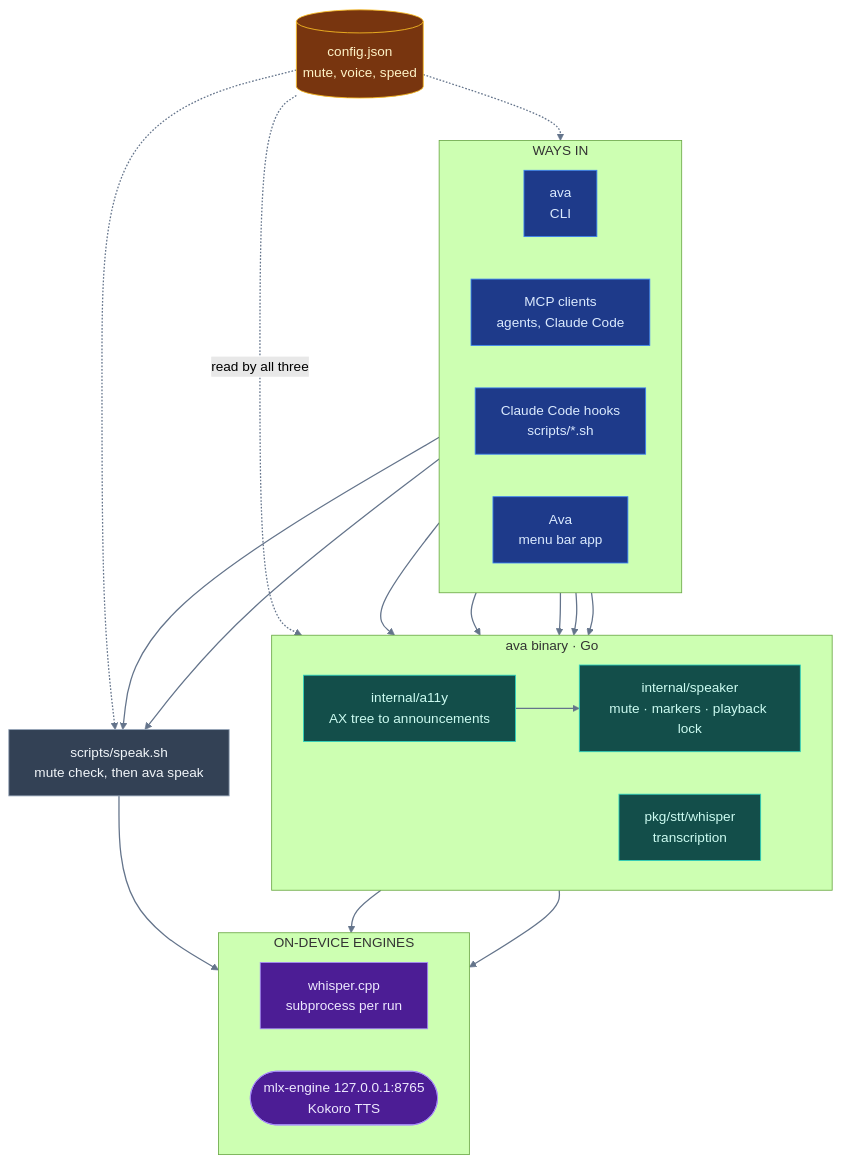
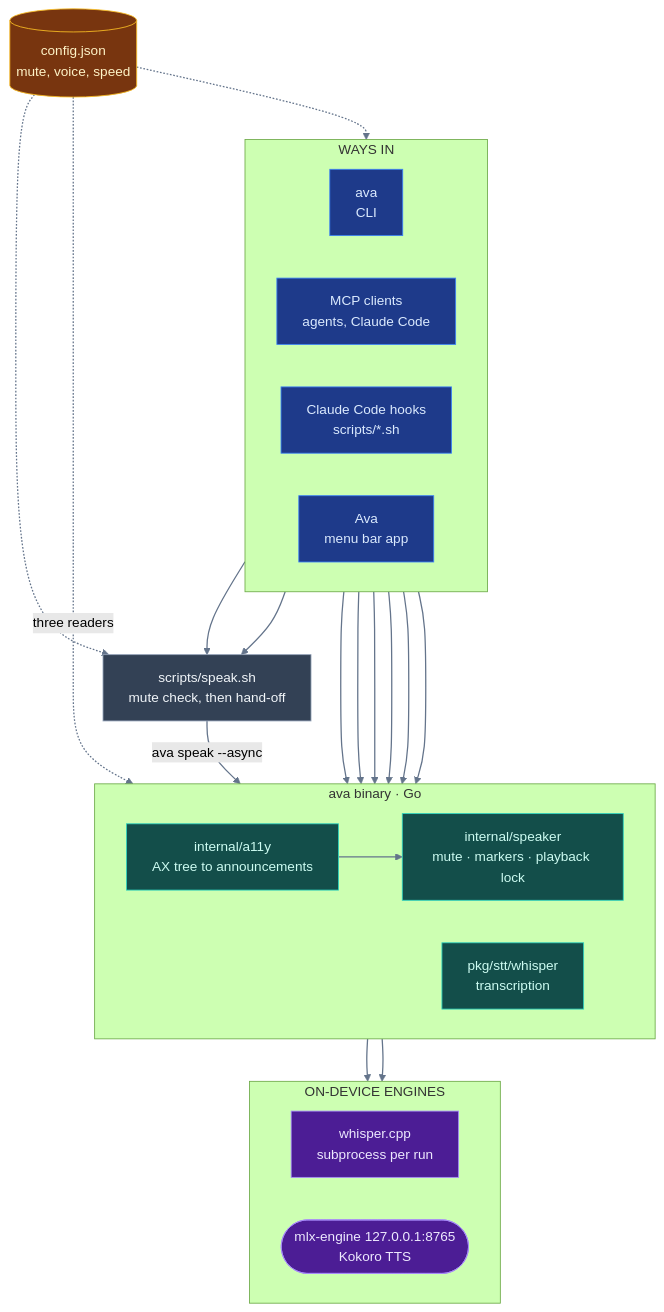
Before and after one commit to iksnerd/ava: the diagram in docs/architecture.md, drawn with Mermaid (forest theme). The commit also changed other lines of this file, not shown here.

Commit message:
Rewrite the architecture doc as a contributor map with a code map and invariants

````diff
--- a/docs/architecture.md
+++ b/docs/architecture.md
@@ -7,56 +11,57 @@
 ```mermaid
 flowchart TB
     subgraph doors["WAYS IN"]
         direction LR
         cli["ava<br/>CLI"]
         mcpc["MCP clients<br/>agents, Claude Code"]
         hooks["Claude Code hooks<br/>scripts/*.sh"]
         app["Ava<br/>menu bar app"]
     end
 
     subgraph gobin["ava binary · Go"]
         direction LR
         speaker["internal/speaker<br/>mute · markers · playback lock"]
         engsel["pkg/stt/whisper<br/>transcription"]
         a11y["internal/a11y<br/>AX tree to announcements"]
     end
 
-    speaksh["scripts/speak.sh<br/>mute check, then ava speak"]
+    speaksh["scripts/speak.sh<br/>mute check, then hand-off"]
     cfg[("config.json<br/>mute, voice, speed")]
 
     subgraph engines["ON-DEVICE ENGINES"]
         direction LR
         whispercpp["whisper.cpp<br/>subprocess per run"]
         mlx(["mlx-engine 127.0.0.1:8765<br/>Kokoro TTS"])
     end
 
     cli ==> speaker
     cli ==> engsel
+    cli ==> a11y
     mcpc ==> speaker
     mcpc ==> engsel
     mcpc ==> a11y
     a11y ==> speaker
     hooks ==> speaksh
     app ==> speaksh
 
     speaker ==> mlx
-    speaksh ==> mlx
+    speaksh == "ava speak --async" ==> speaker
     engsel ==> whispercpp
 
-    cfg -. "read by all three" .-> speaker
+    cfg -. "three readers" .-> speaker
     cfg -. " " .-> speaksh
     cfg -. " " .-> app
 
     classDef door fill:#1e3a8a,stroke:#3b82f6,color:#dbeafe;
     classDef go fill:#134e4a,stroke:#2dd4bf,color:#ccfbf1;
     classDef engine fill:#4c1d95,stroke:#a78bfa,color:#ede9fe;
     classDef store fill:#78350f,stroke:#fbbf24,color:#fef3c7;
     classDef shell fill:#334155,stroke:#94a3b8,color:#f1f5f9;
 
     class cli,mcpc,hooks,app door;
     class speaker,engsel,a11y go;
     class whispercpp,mlx engine;
     class cfg store;
     class speaksh shell;
     linkStyle default stroke:#64748b,stroke-width:1.5px;
 ```
````
